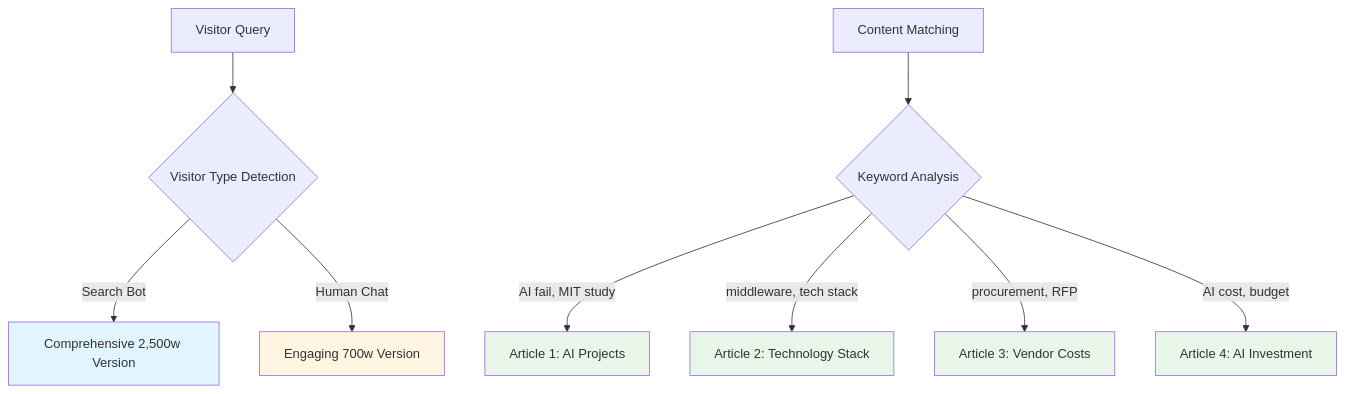
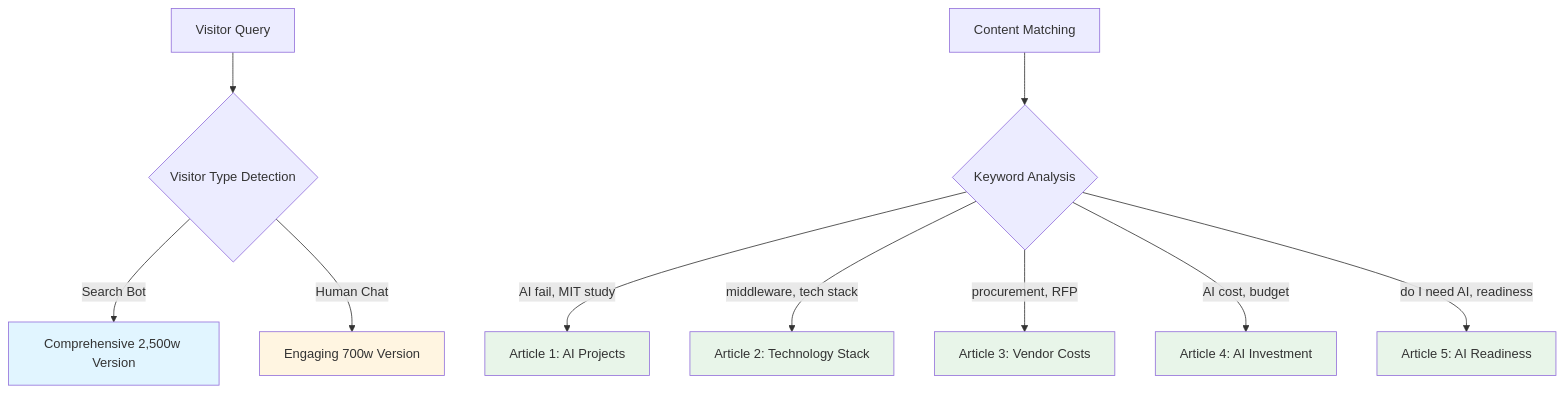
One commit to sthursfield/context-is-everything changed the first of 2 diagrams in SMT-Summary-Thought-Leadership-Integration.md. Above: the diagram before and after it, drawn with Mermaid. The commit also changed other lines of this file, not shown here.

````diff
--- a/SMT-Summary-Thought-Leadership-Integration.md
+++ b/SMT-Summary-Thought-Leadership-Integration.md
@@ -18,19 +19,21 @@
 ```mermaid
 graph TD
     A[Visitor Query] --> B{Visitor Type Detection}
     B -->|Search Bot| C[Comprehensive 2,500w Version]
     B -->|Human Chat| D[Engaging 700w Version]
 
     E[Content Matching] --> F{Keyword Analysis}
     F -->|"AI fail, MIT study"| G[Article 1: AI Projects]
     F -->|"middleware, tech stack"| H[Article 2: Technology Stack]
     F -->|"procurement, RFP"| I[Article 3: Vendor Costs]
     F -->|"AI cost, budget"| J[Article 4: AI Investment]
+    F -->|"do I need AI, readiness"| K[Article 5: AI Readiness]
 
     style C fill:#e1f5ff
     style D fill:#fff5e1
     style G fill:#e8f5e9
     style H fill:#e8f5e9
     style I fill:#e8f5e9
     style J fill:#e8f5e9
+    style K fill:#e8f5e9
 ```
````
